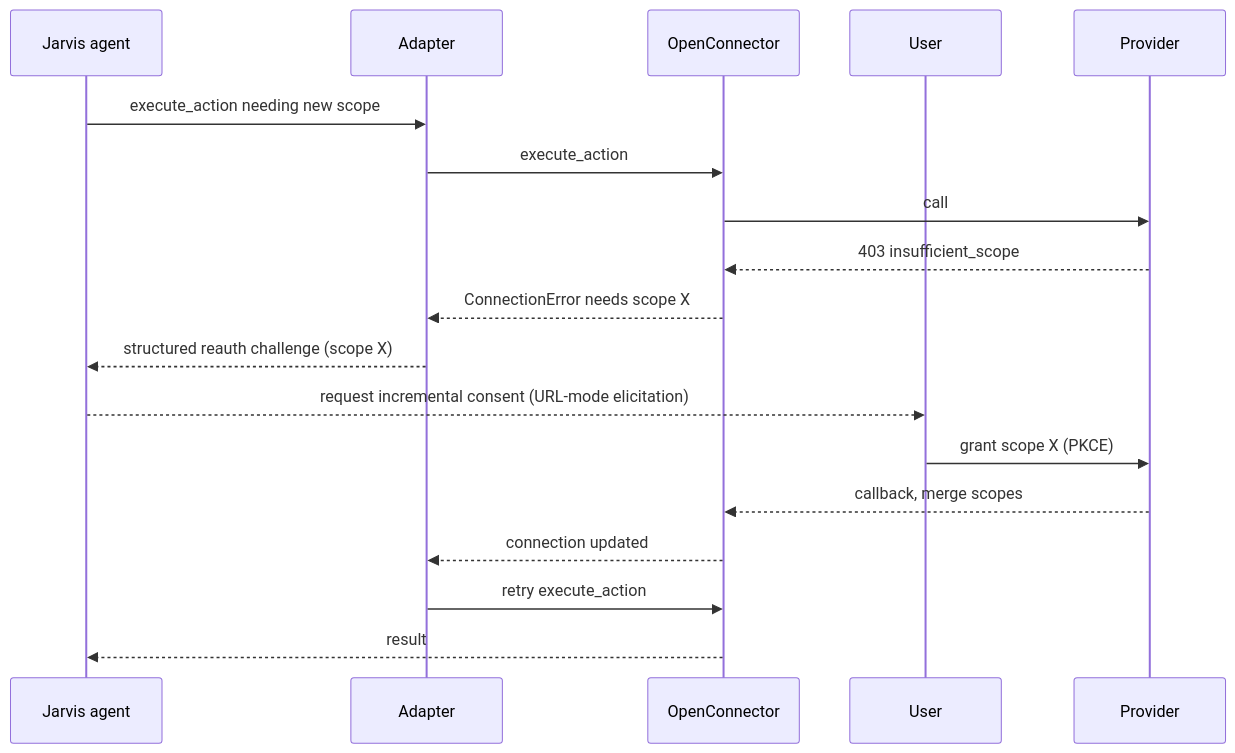
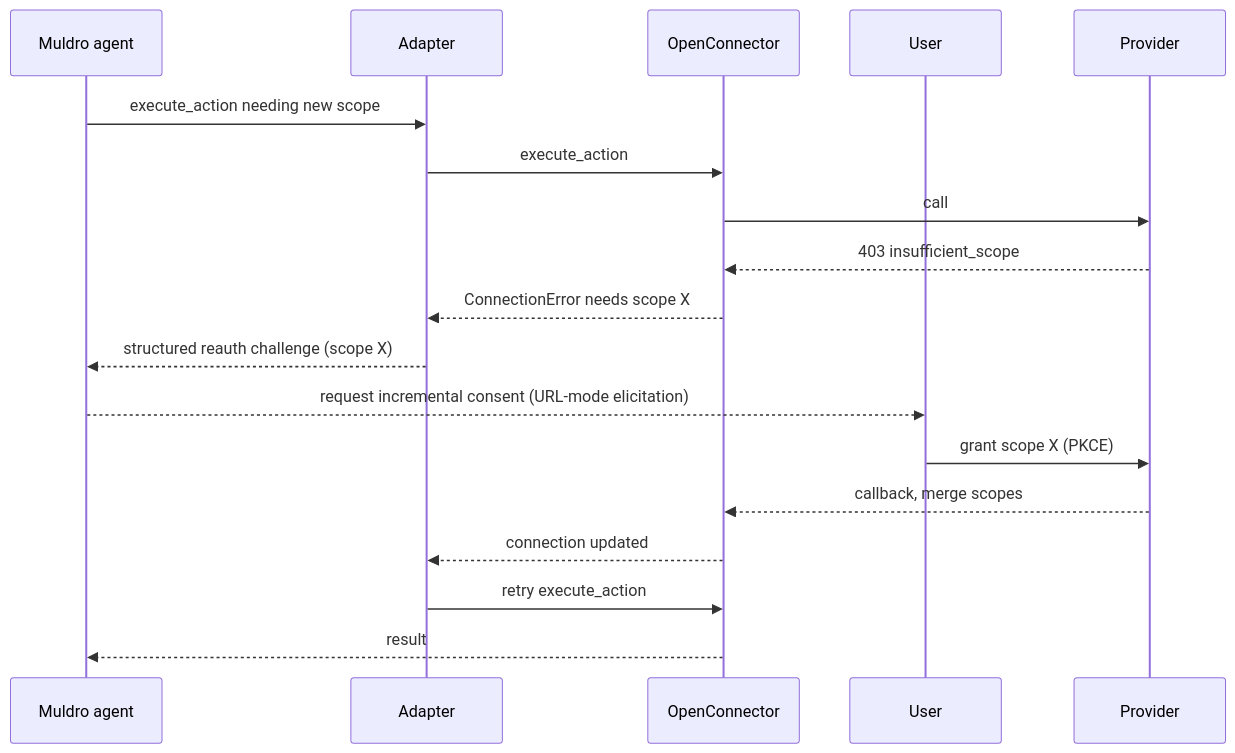
Before and after one commit to shivadharmi/muldro: the ninth of 13 diagrams in docs/architecture/toolhive-openconnector-assessment.md, drawn with Mermaid. The commit also changed other lines of this file and 359 other files, not shown here.

First line of the commit message:
chore: rebrand Jarvis to Muldro across the codebase

````diff
--- a/docs/architecture/toolhive-openconnector-assessment.md
+++ b/docs/architecture/toolhive-openconnector-assessment.md
@@ -446,20 +446,20 @@
 ```mermaid
 sequenceDiagram
-    participant AG as Jarvis agent
+    participant AG as Muldro agent
     participant A as Adapter
     participant OC as OpenConnector
     participant U as User
     participant P as Provider
     AG->>A: execute_action needing new scope
     A->>OC: execute_action
     OC->>P: call
     P-->>OC: 403 insufficient_scope
     OC-->>A: ConnectionError needs scope X
     A-->>AG: structured reauth challenge (scope X)
     AG-->>U: request incremental consent (URL-mode elicitation)
     U->>P: grant scope X (PKCE)
     P-->>OC: callback, merge scopes
     OC-->>A: connection updated
     A->>OC: retry execute_action
     OC-->>AG: result
 ```
````
